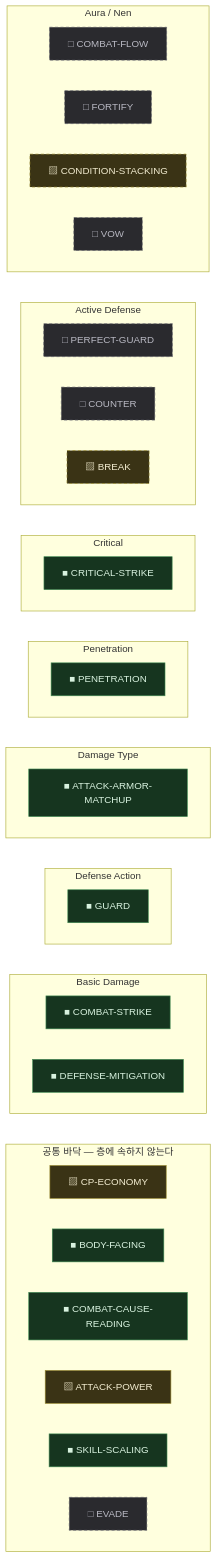
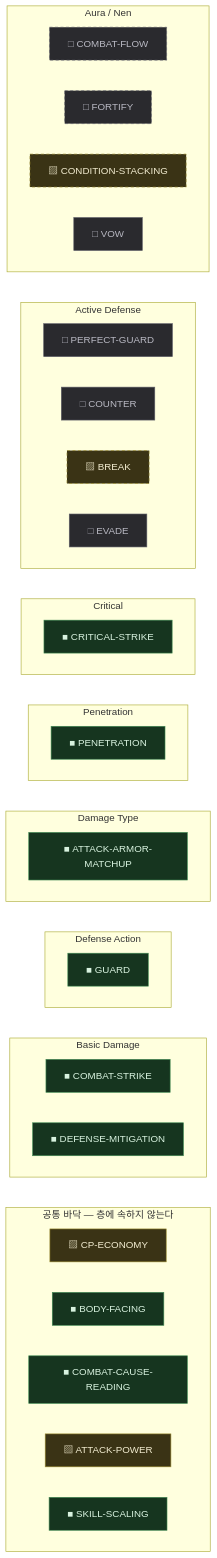
Before and after one commit to dkwkekzz/HktFramework: the second of 14 diagrams in HktAdvProtoH/content/proto-adventure/master/graph/GRAPH.md, drawn with Mermaid. The commit also changed other lines of this file and 17 other files, not shown here.

````diff
--- a/HktAdvProtoH/content/proto-adventure/master/graph/GRAPH.md
+++ b/HktAdvProtoH/content/proto-adventure/master/graph/GRAPH.md
@@ -149,56 +159,57 @@
 ```mermaid
 flowchart TB
   subgraph SEG0 ["Aura / Nen"]
     N0["□ COMBAT-FLOW"]
     N1["□ FORTIFY"]
     N2["▨ CONDITION-STACKING"]
     N3["□ VOW"]
   end
   subgraph SEG1 ["Active Defense"]
     N4["□ PERFECT-GUARD"]
     N5["□ COUNTER"]
     N6["▨ BREAK"]
+    N7["□ EVADE"]
   end
   subgraph SEG2 ["Critical"]
-    N7["■ CRITICAL-STRIKE"]
+    N8["■ CRITICAL-STRIKE"]
   end
   subgraph SEG3 ["Penetration"]
-    N8["■ PENETRATION"]
+    N9["■ PENETRATION"]
   end
   subgraph SEG4 ["Damage Type"]
-    N9["■ ATTACK-ARMOR-MATCHUP"]
+    N10["■ ATTACK-ARMOR-MATCHUP"]
   end
   subgraph SEG5 ["Defense Action"]
-    N10["■ GUARD"]
+    N11["■ GUARD"]
   end
   subgraph SEG6 ["Basic Damage"]
-    N11["■ COMBAT-STRIKE"]
-    N12["■ DEFENSE-MITIGATION"]
+    N12["■ COMBAT-STRIKE"]
+    N13["■ DEFENSE-MITIGATION"]
   end
   subgraph SEGBASE ["공통 바닥 — 층에 속하지 않는다"]
-    N13["▨ CP-ECONOMY"]
-    N14["■ BODY-FACING"]
-    N15["■ COMBAT-CAUSE-READING"]
-    N16["▨ ATTACK-POWER"]
-    N17["■ SKILL-SCALING"]
-    N18["□ EVADE"]
+    N14["▨ CP-ECONOMY"]
+    N15["■ BODY-FACING"]
+    N16["■ COMBAT-CAUSE-READING"]
+    N17["▨ ATTACK-POWER"]
+    N18["■ SKILL-SCALING"]
   end
   SEG0 ~~~ SEG1
   SEG1 ~~~ SEG2
   SEG2 ~~~ SEG3
   SEG3 ~~~ SEG4
   SEG4 ~~~ SEG5
   SEG5 ~~~ SEG6
   SEG6 ~~~ SEGBASE
 
   classDef impl fill:#16351f,stroke:#3f8a52,color:#d8f2df;
   classDef part fill:#3a3315,stroke:#9a8a2e,color:#f2ecd0;
   classDef miss fill:#2a2a2e,stroke:#5c5c66,color:#b8b8c2;
   classDef implS fill:#16351f,stroke:#3f8a52,color:#d8f2df,stroke-dasharray:5 4;
   classDef partS fill:#3a3315,stroke:#9a8a2e,color:#f2ecd0,stroke-dasharray:5 4;
   classDef missS fill:#2a2a2e,stroke:#5c5c66,color:#b8b8c2,stroke-dasharray:5 4;
-  class N7,N8,N9,N10,N11,N12,N14,N15,N17 impl;
-  class N13,N16 part;
+  class N8,N9,N10,N11,N12,N13,N15,N16,N18 impl;
+  class N14,N17 part;
+  class N3,N4,N5,N7 miss;
   class N2,N6 partS;
-  class N0,N1,N3,N4,N5,N18 missS;
+  class N0,N1 missS;
 ```
````
